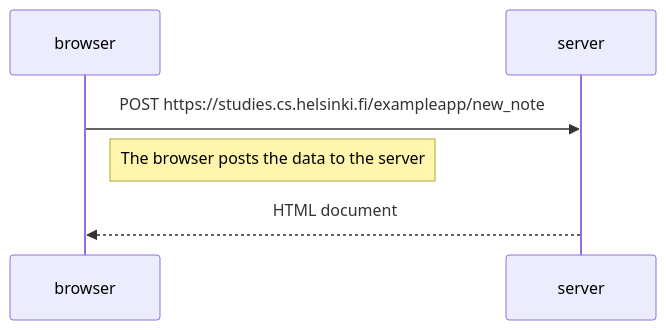
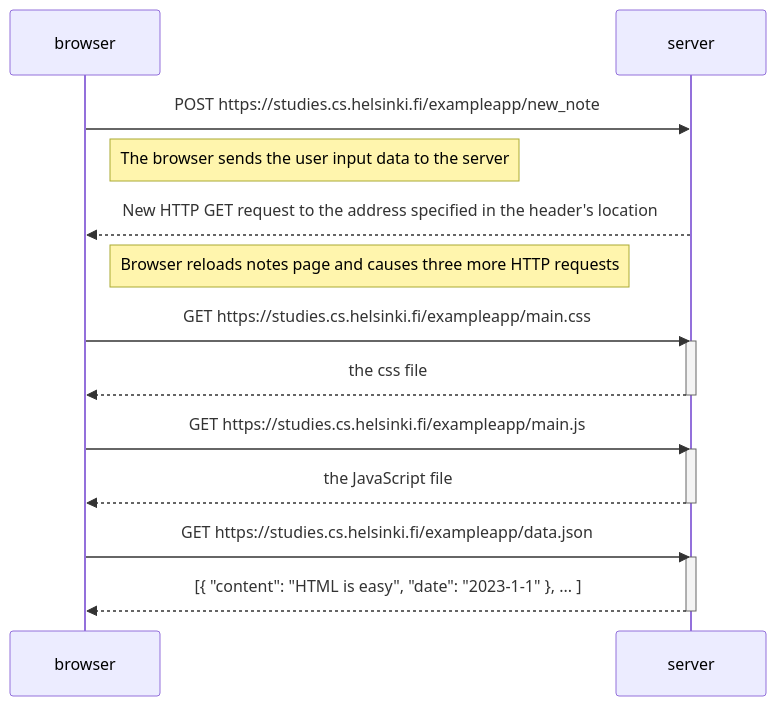
The diagram in part 0/0.4.md (dcummings95/Full-Stack-Open), drawn with Mermaid before and after one commit.

Commit message:
Revised diagram

````diff
--- a/part 0/0.4.md
+++ b/part 0/0.4.md
@@ -1,13 +1,28 @@
 ```mermaid
 
 sequenceDiagram
     participant browser
     participant server
   
     browser->>server: POST https://studies.cs.helsinki.fi/exampleapp/new_note
-    Note right of browser: The browser posts the data to the server
+    Note right of browser: The browser sends the user input data to the server
 
-    server-->>browser: HTML document
-    
+    server-->>browser: New HTTP GET request to the address specified in the header's location
+    Note right of browser: Browser reloads notes page and causes three more HTTP requests
+
+    browser->>server: GET https://studies.cs.helsinki.fi/exampleapp/main.css
+    activate server
+    server-->>browser: the css file
+    deactivate server
+
+    browser->>server: GET https://studies.cs.helsinki.fi/exampleapp/main.js
+    activate server
+    server-->>browser: the JavaScript file
+    deactivate server
+
+    browser->>server: GET https://studies.cs.helsinki.fi/exampleapp/data.json
+    activate server
+    server-->>browser: [{ "content": "HTML is easy", "date": "2023-1-1" }, ... ]
+    deactivate server
 
   ```
````
